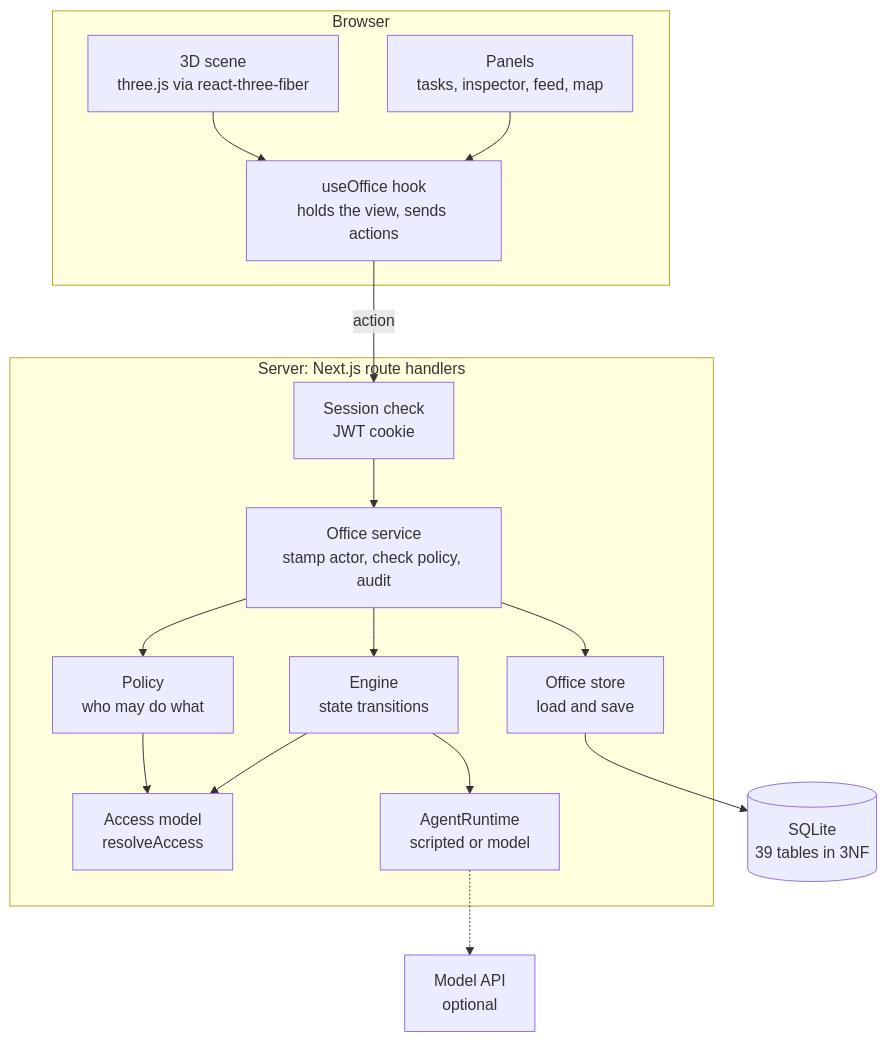
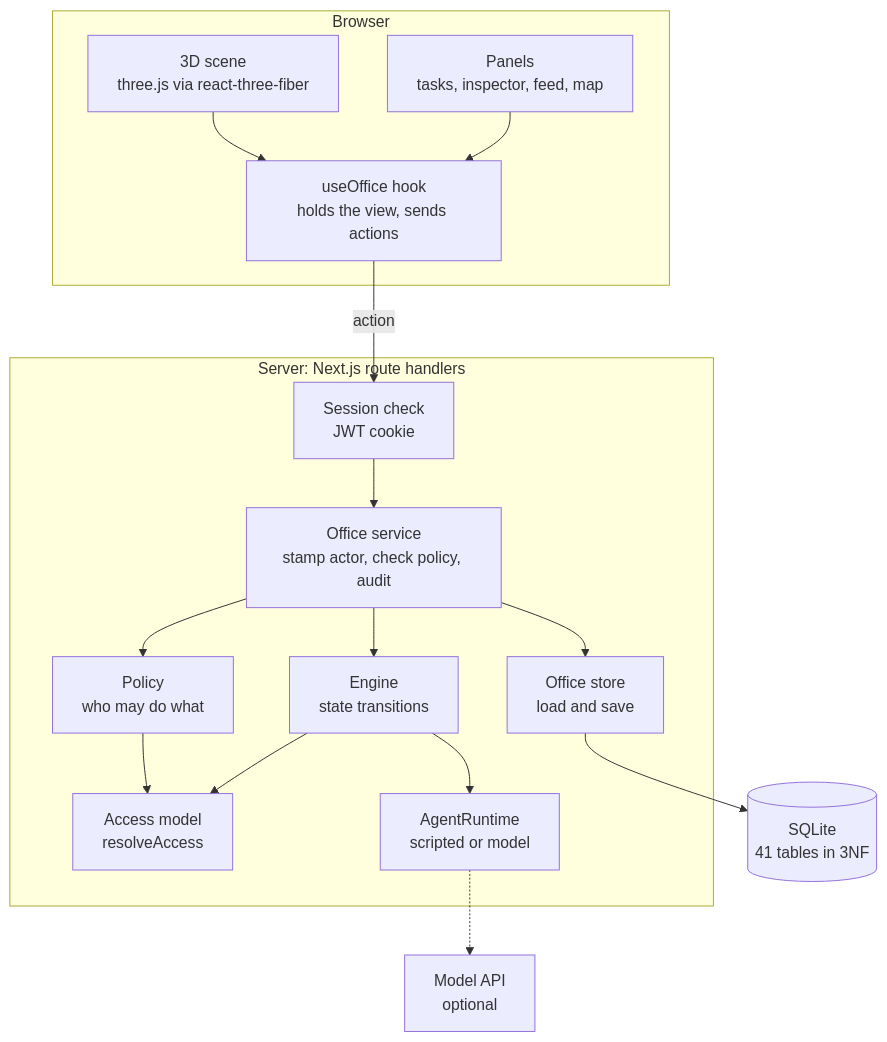
One commit to seyitgkc/ai-virtual-office changed the first of 11 diagrams in README.md. Above: the diagram before and after it, drawn with Mermaid. The commit also changed other lines of this file and 3 other files, not shown here.

````diff
--- a/README.md
+++ b/README.md
@@ -298,34 +317,34 @@
 ```mermaid
 flowchart TB
   subgraph Browser
     scene["3D scene<br/>three.js via react-three-fiber"]
     panels["Panels<br/>tasks, inspector, feed, map"]
     hook["useOffice hook<br/>holds the view, sends actions"]
     scene --> hook
     panels --> hook
   end
 
   subgraph Server["Server: Next.js route handlers"]
     http["Session check<br/>JWT cookie"]
     service["Office service<br/>stamp actor, check policy, audit"]
     policy["Policy<br/>who may do what"]
     engine["Engine<br/>state transitions"]
     access["Access model<br/>resolveAccess"]
     runtime["AgentRuntime<br/>scripted or model"]
     store["Office store<br/>load and save"]
   end
 
-  db[("SQLite<br/>39 tables in 3NF")]
+  db[("SQLite<br/>41 tables in 3NF")]
   llm["Model API<br/>optional"]
 
   hook -->|"action"| http
   http --> service
   service --> policy
   service --> engine
   policy --> access
   engine --> access
   engine --> runtime
   runtime -.-> llm
   service --> store
   store --> db
 ```
````
